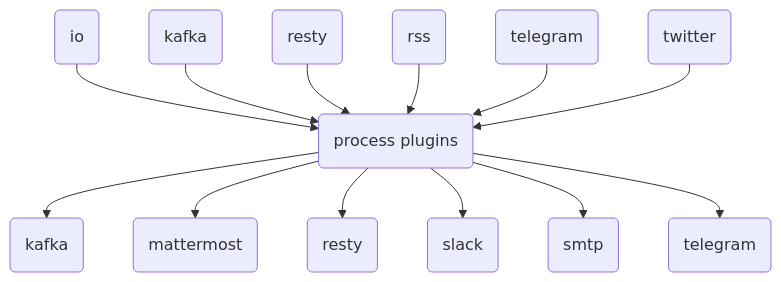
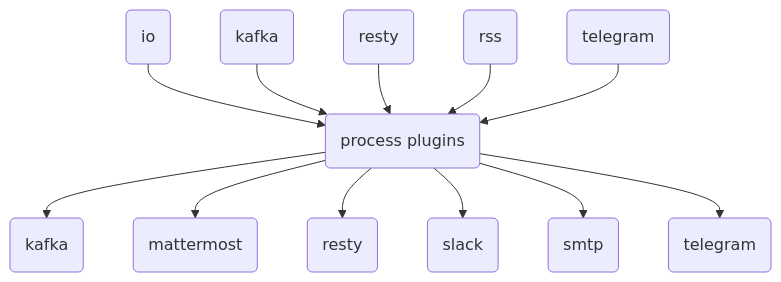
The diagram in README.md (livelace/gosquito), drawn with Mermaid before and after one commit. The commit also changed other lines of this file and 1 other file, not shown here.

Commit message:
twitter: deprecated

````diff
--- a/README.md
+++ b/README.md
@@ -8,15 +8,14 @@
 ```mermaid
 graph TD;
     I1(io)-->P1(process plugins);
     I2(kafka)-->P1;
     I3(resty)-->P1;
     I4(rss)-->P1;
     I5(telegram)-->P1;
-    I6(twitter)-->P1;
     P1-->O1(kafka);
     P1-->O2(mattermost);
     P1-->O3(resty);
     P1-->O4(slack);
     P1-->O5(smtp);
     P1-->O6(telegram);
 ```
````
